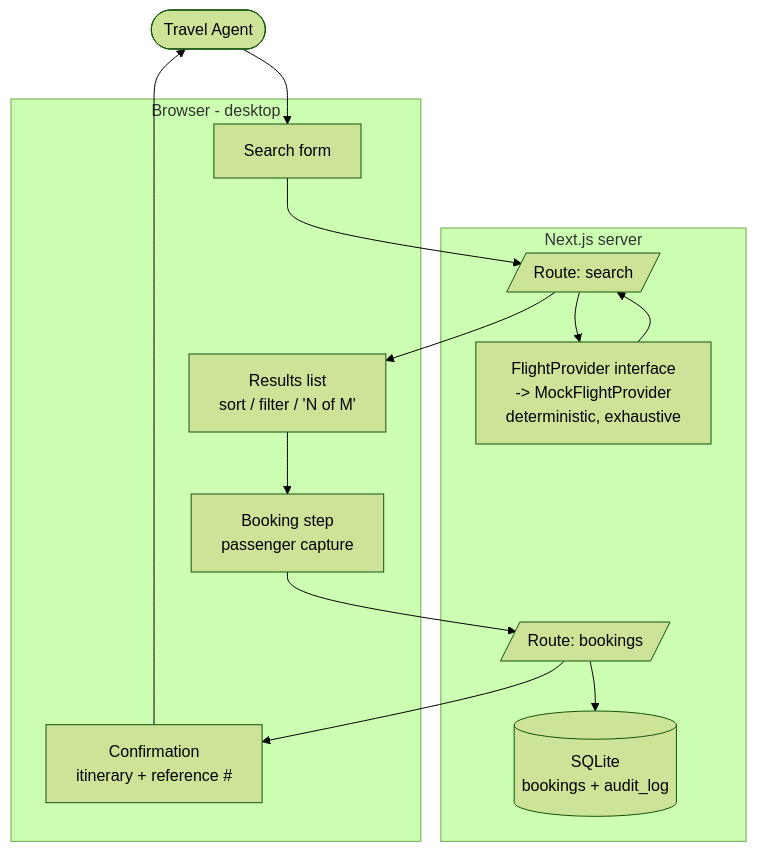
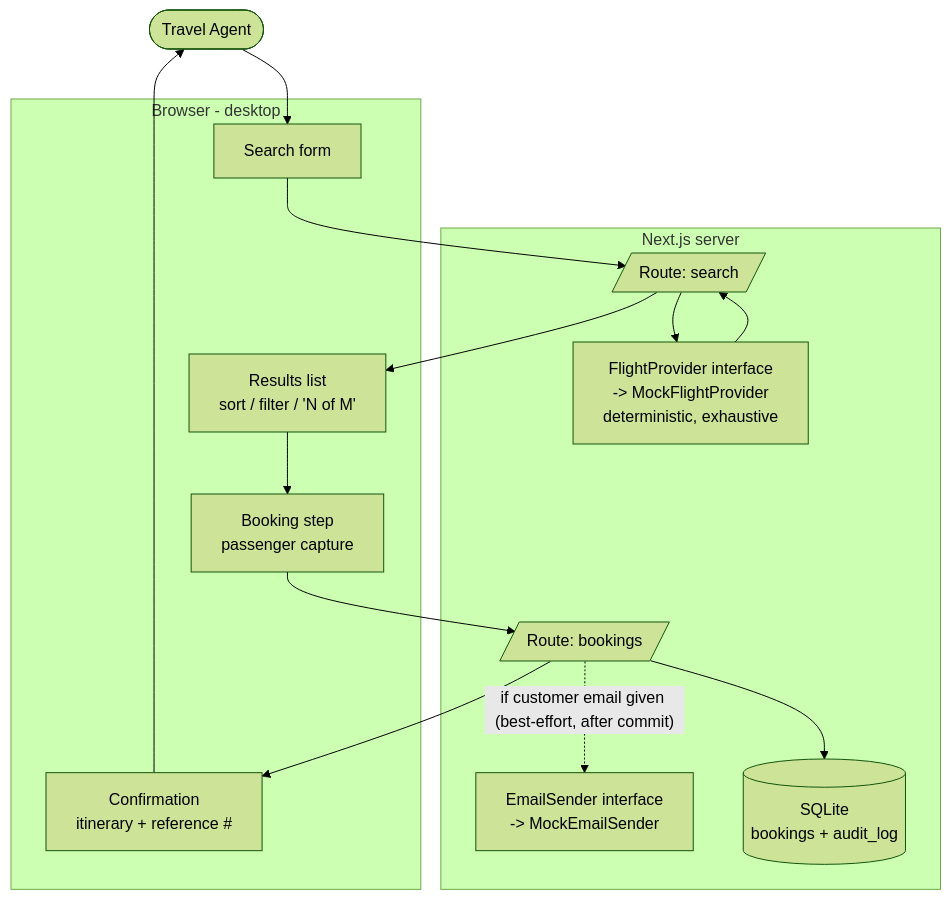
The diagram in docs/high-level-design.md (sebeyza00/travel-agency), drawn with Mermaid (forest theme) before and after one commit. The commit also changed other lines of this file and 25 other files, not shown here.

First line of the commit message:
adding optional confirmation email after booking

````diff
--- a/docs/high-level-design.md
+++ b/docs/high-level-design.md
@@ -83,25 +95,27 @@
 ```mermaid
 flowchart TD
     Agent([Travel Agent])
 
     subgraph Client [Browser - desktop]
         SearchForm[Search form]
         Results[Results list\nsort / filter / 'N of M']
         BookingForm[Booking step\npassenger capture]
         Confirmation[Confirmation\nitinerary + reference #]
     end
 
     subgraph Server [Next.js server]
         SearchAPI[/Route: search/]
         BookingAPI[/Route: bookings/]
         Provider[FlightProvider interface\n-> MockFlightProvider\ndeterministic, exhaustive]
+        Email[EmailSender interface\n-> MockEmailSender]
         DB[(SQLite\nbookings + audit_log)]
     end
 
     Agent --> SearchForm --> SearchAPI --> Provider
     Provider --> SearchAPI --> Results
     Results --> BookingForm --> BookingAPI
     BookingAPI --> DB
+    BookingAPI -.->|"if customer email given (best-effort, after commit)"| Email
     BookingAPI --> Confirmation
     Confirmation --> Agent
 ```
````
